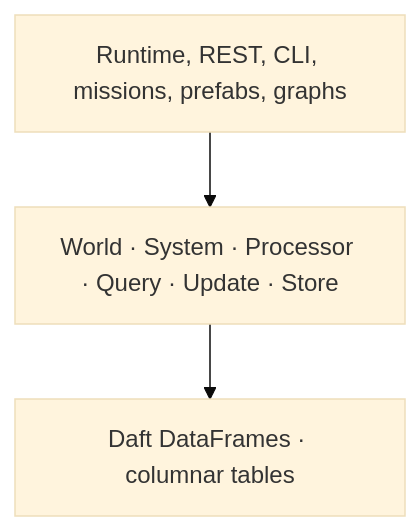
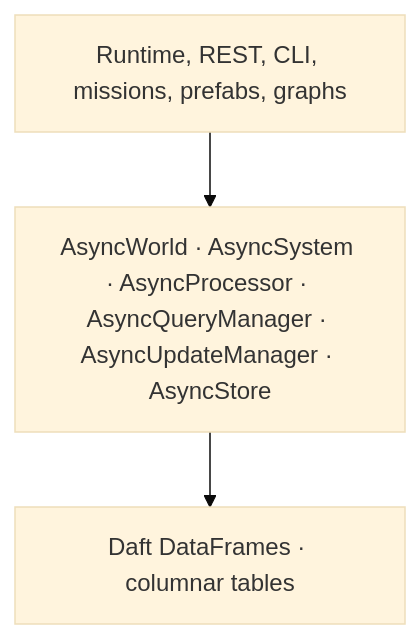
The sixth of 6 diagrams in docs/index.md (VangelisTech/archetype), drawn with Mermaid (base theme) before and after one commit. The commit also changed other lines of this file and 64 other files, not shown here.

````diff
--- a/docs/index.md
+++ b/docs/index.md
@@ -231,9 +231,9 @@
 ```mermaid
 graph TB
     Product["Runtime, REST, CLI, missions, prefabs, graphs"]
-    Core["World · System · Processor · Query · Update · Store"]
+    Core["AsyncWorld · AsyncSystem · AsyncProcessor · AsyncQueryManager · AsyncUpdateManager · AsyncStore"]
     Data["Daft DataFrames · columnar tables"]
 
     Product --> Core
     Core --> Data
 ```
````
